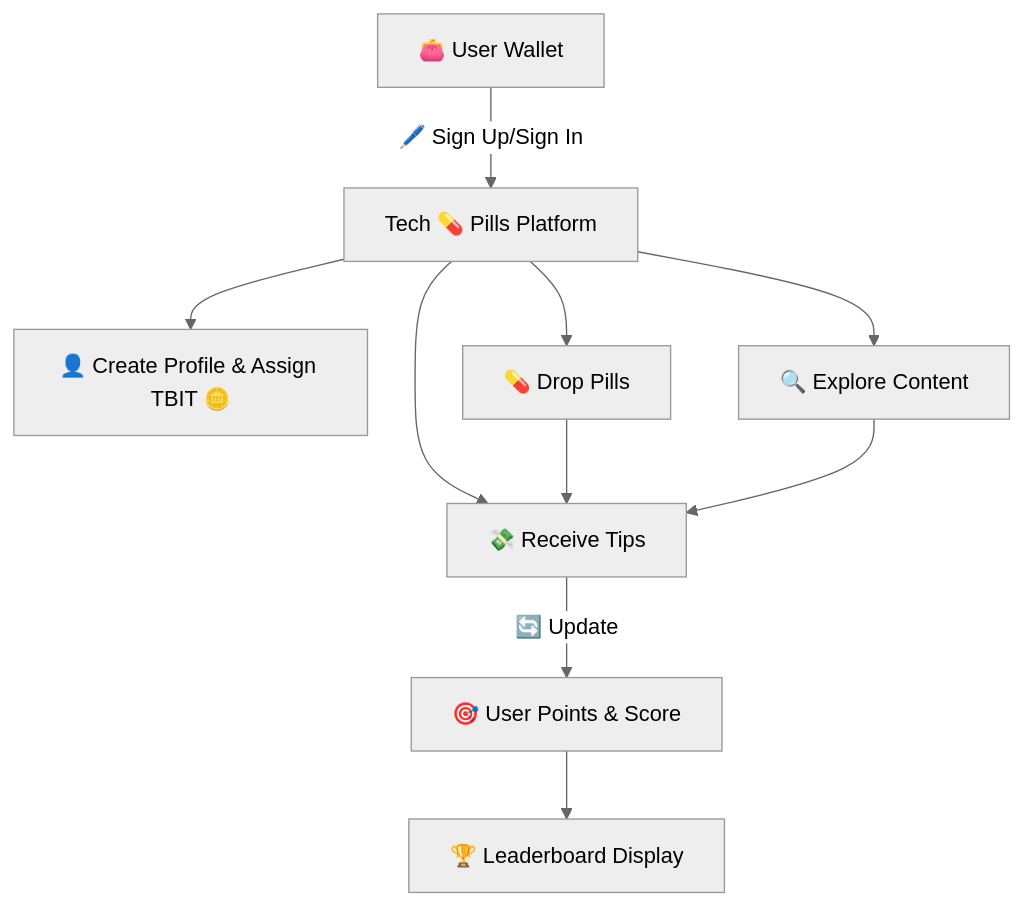
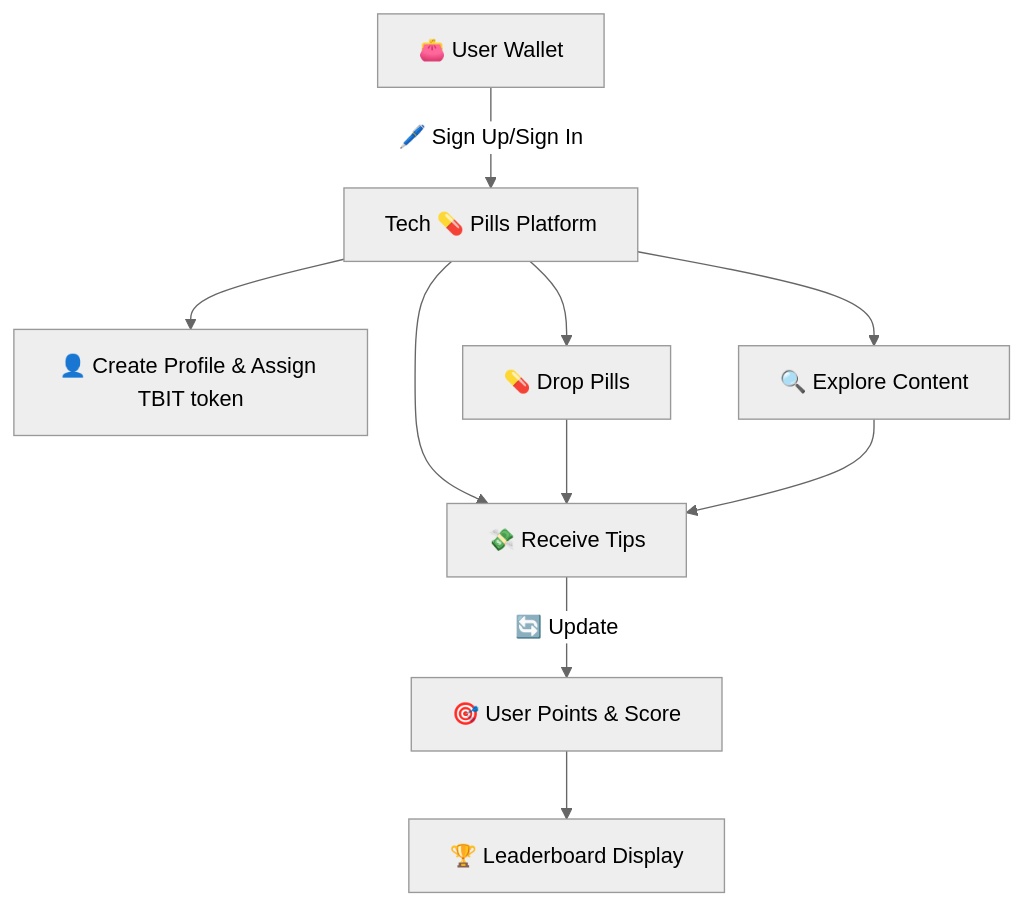
Before and after one commit to padimaster/holiday-hackathon: the first of 2 diagrams in SUBMISSION.md, drawn with Mermaid (neutral theme). The commit also changed other lines of this file, not shown here.

````diff
--- a/SUBMISSION.md
+++ b/SUBMISSION.md
@@ -37,12 +36,12 @@
 ```mermaid
 graph TD
     A[👛 User Wallet] -->|🖊️ Sign Up/Sign In| B[Tech 💊 Pills Platform]
-    B --> C[👤 Create Profile & Assign TBIT 🪙]
+    B --> C[👤 Create Profile & Assign TBIT token]
     B --> D[🔍 Explore Content]
     B --> E[💊 Drop Pills]
     B --> F[💸 Receive Tips]
     F -->|🔄 Update| G[🎯 User Points & Score]
     G --> H[🏆 Leaderboard Display]
     E --> F
     D --> F
 ```
````
